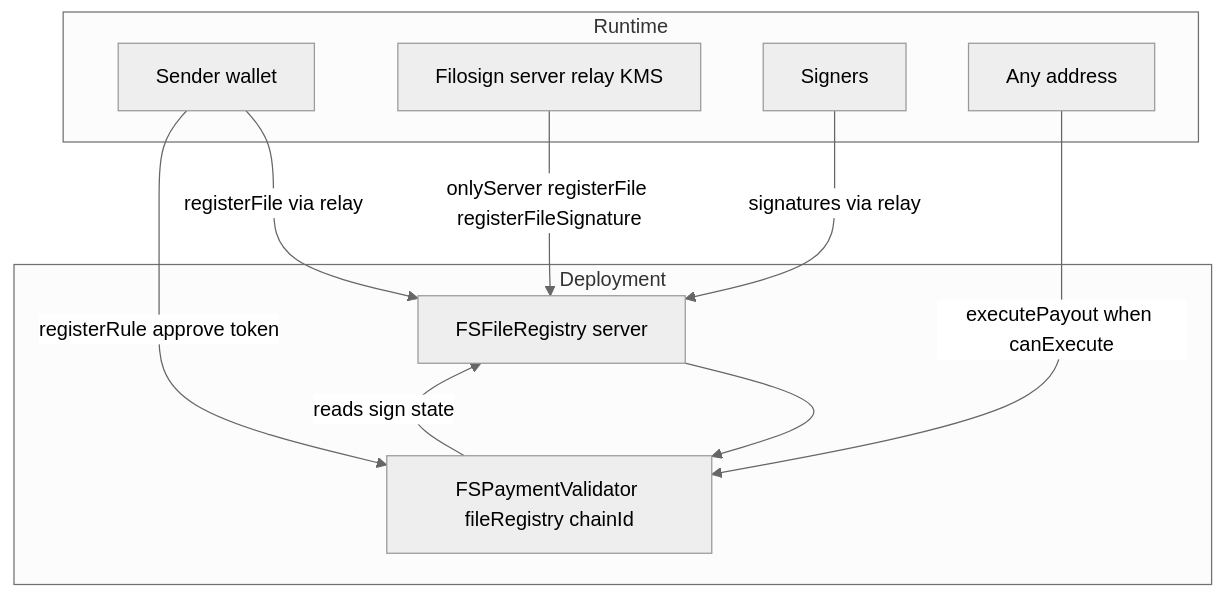
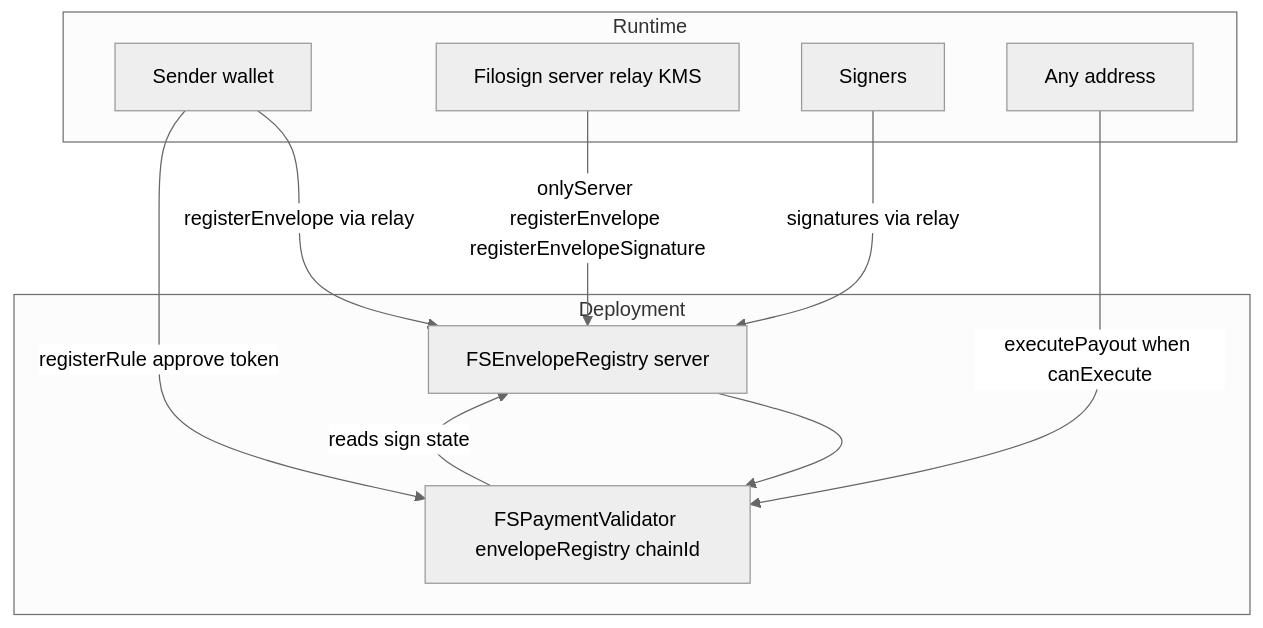
The diagram in apps/contracts/README.md (filosign-dapp/filosign), drawn with Mermaid (neutral theme) before and after one commit. The commit also changed other lines of this file and 4 other files, not shown here.

Commit message:
[ENVELOPE REGISTRY] - Contracts (apps/contracts): Update contracts docs and local configuration definitions

````diff
--- a/apps/contracts/README.md
+++ b/apps/contracts/README.md
@@ -27,20 +27,20 @@
 ```mermaid
 flowchart TB
   subgraph deploy [Deployment]
-    FR[FSFileRegistry server]
-    PV[FSPaymentValidator fileRegistry chainId]
+    FR[FSEnvelopeRegistry server]
+    PV[FSPaymentValidator envelopeRegistry chainId]
     FR --> PV
   end
   subgraph runtime [Runtime]
     Sender[Sender wallet]
     Relay[Filosign server relay KMS]
     Signers[Signers]
     Anyone[Any address]
-    Relay -->|onlyServer registerFile registerFileSignature| FR
-    Sender -->|registerFile via relay| FR
+    Relay -->|onlyServer registerEnvelope registerEnvelopeSignature| FR
+    Sender -->|registerEnvelope via relay| FR
     Signers -->|signatures via relay| FR
     Sender -->|registerRule approve token| PV
     Anyone -->|executePayout when canExecute| PV
     PV -->|reads sign state| FR
   end
 ```
````
